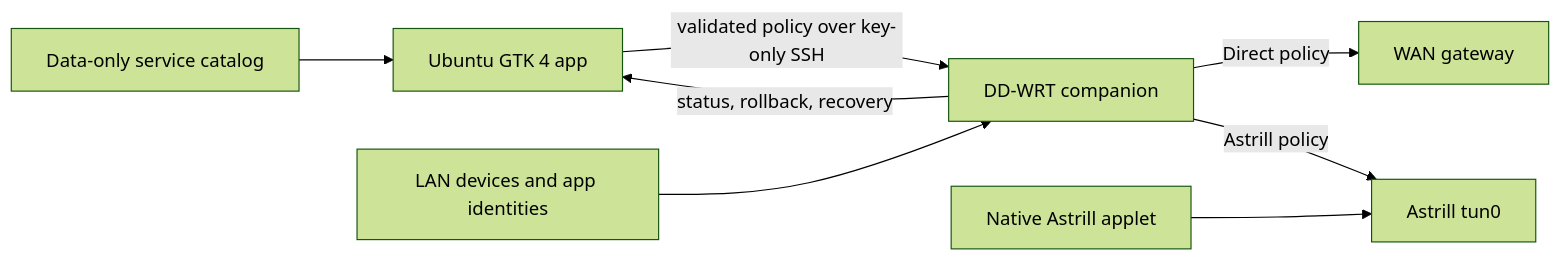
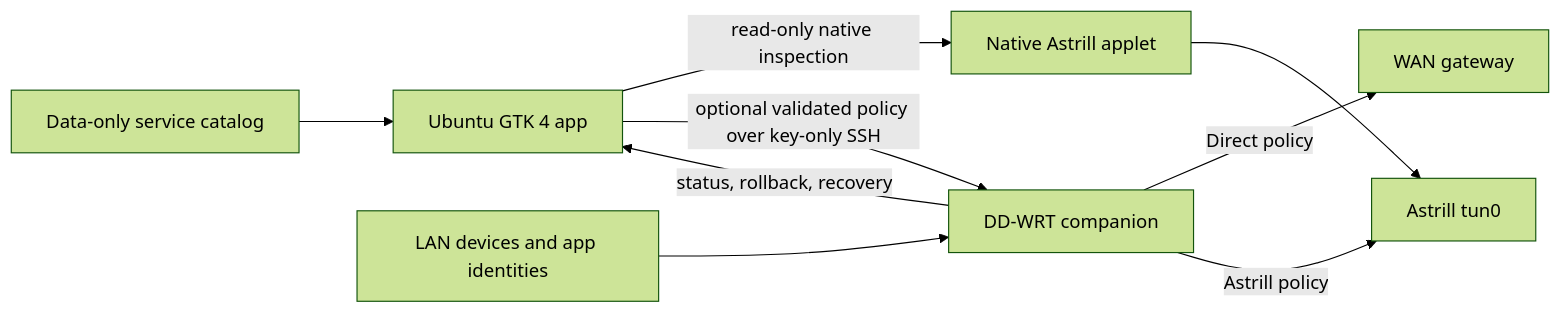
One commit to lachlanchen/astrill-lazy-router changed the diagram in README.md. Above: the diagram before and after it, drawn with Mermaid (forest theme). The commit also changed other lines of this file and 21 other files, not shown here.

Commit message:
Add safe native-only router inspection

````diff
--- a/README.md
+++ b/README.md
@@ -66,10 +68,11 @@
 ```mermaid
 flowchart LR
-    GUI["Ubuntu GTK 4 app"] -->|"validated policy over key-only SSH"| CTRL["DD-WRT companion"]
+    GUI["Ubuntu GTK 4 app"] -->|"read-only native inspection"| APPLET["Native Astrill applet"]
+    GUI -->|"optional validated policy over key-only SSH"| CTRL["DD-WRT companion"]
     CATALOG["Data-only service catalog"] --> GUI
     LAN["LAN devices and app identities"] --> CTRL
     CTRL -->|"Direct policy"| WAN["WAN gateway"]
     CTRL -->|"Astrill policy"| TUN["Astrill tun0"]
-    APPLET["Native Astrill applet"] --> TUN
+    APPLET --> TUN
     CTRL -->|"status, rollback, recovery"| GUI
 ```
````
